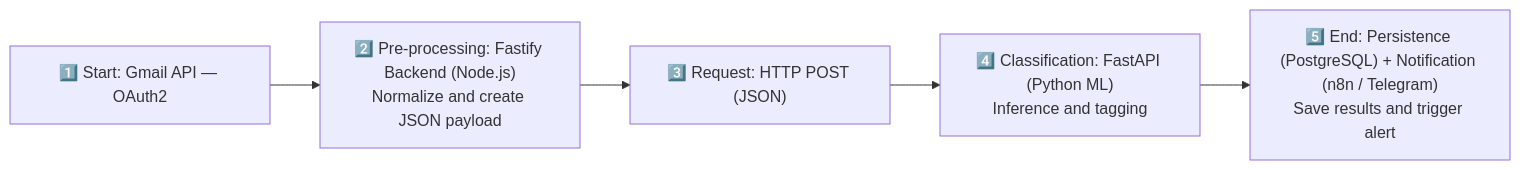
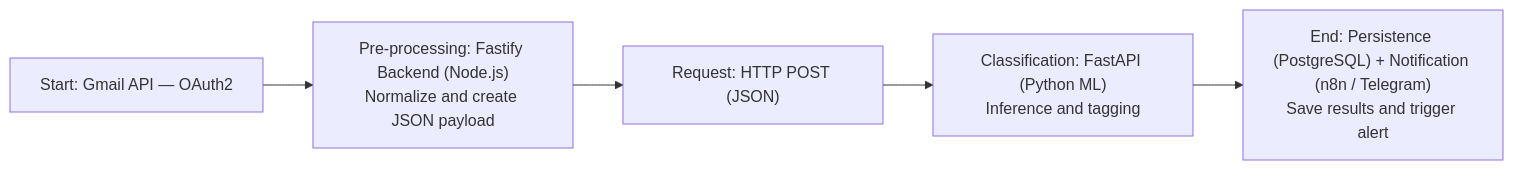
One commit to gtovar/email-cleaner-fastify changed the first of 5 diagrams in docs/architecture.md. Above: the diagram before and after it, drawn with Mermaid. The commit also changed other lines of this file and 11 other files, not shown here.

````diff
--- a/docs/architecture.md
+++ b/docs/architecture.md
@@ -5,8 +5,8 @@
 ```mermaid
 flowchart LR
-    A["1️⃣ Start: Gmail API — OAuth2"] --> B["2️⃣ Pre-processing: Fastify Backend (Node.js)\nNormalize and create JSON payload"]
-    B --> C["3️⃣ Request: HTTP POST (JSON)"]
-    C --> D["4️⃣ Classification: FastAPI (Python ML)\nInference and tagging"]
-    D --> E["5️⃣ End: Persistence (PostgreSQL) + Notification (n8n / Telegram)\nSave results and trigger alert"]
+    A["Start: Gmail API — OAuth2"] --> B["Pre-processing: Fastify Backend (Node.js)\nNormalize and create JSON payload"]
+    B --> C["Request: HTTP POST (JSON)"]
+    C --> D["Classification: FastAPI (Python ML)\nInference and tagging"]
+    D --> E["End: Persistence (PostgreSQL) + Notification (n8n / Telegram)\nSave results and trigger alert"]
 
 ```
````
